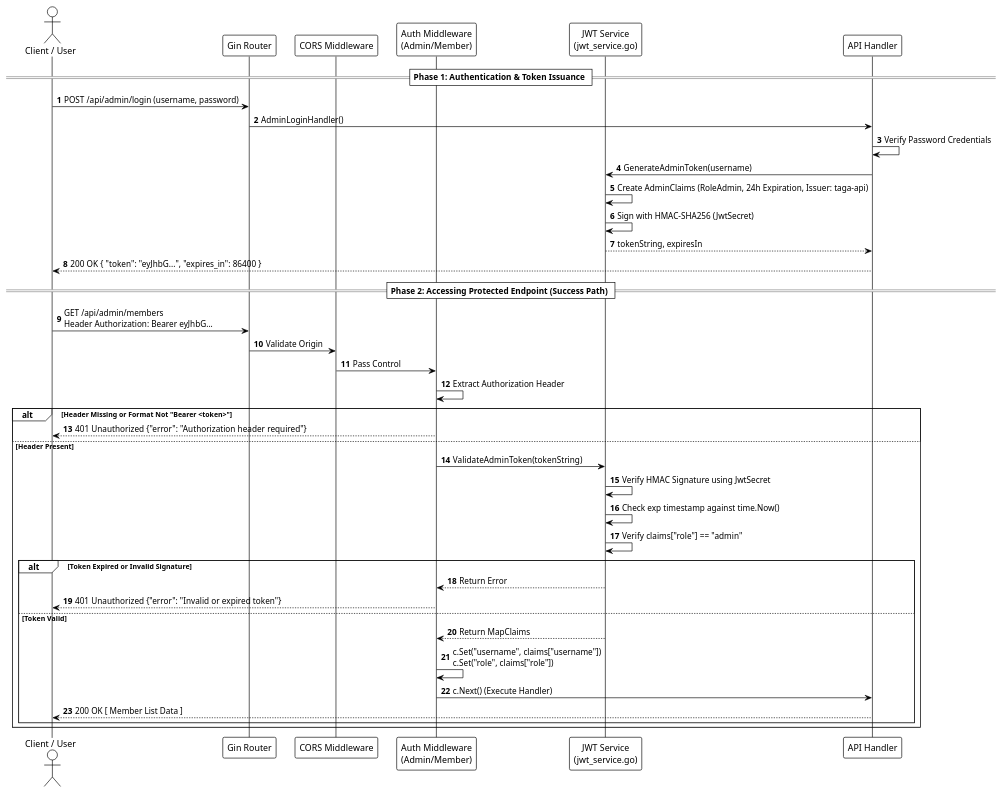
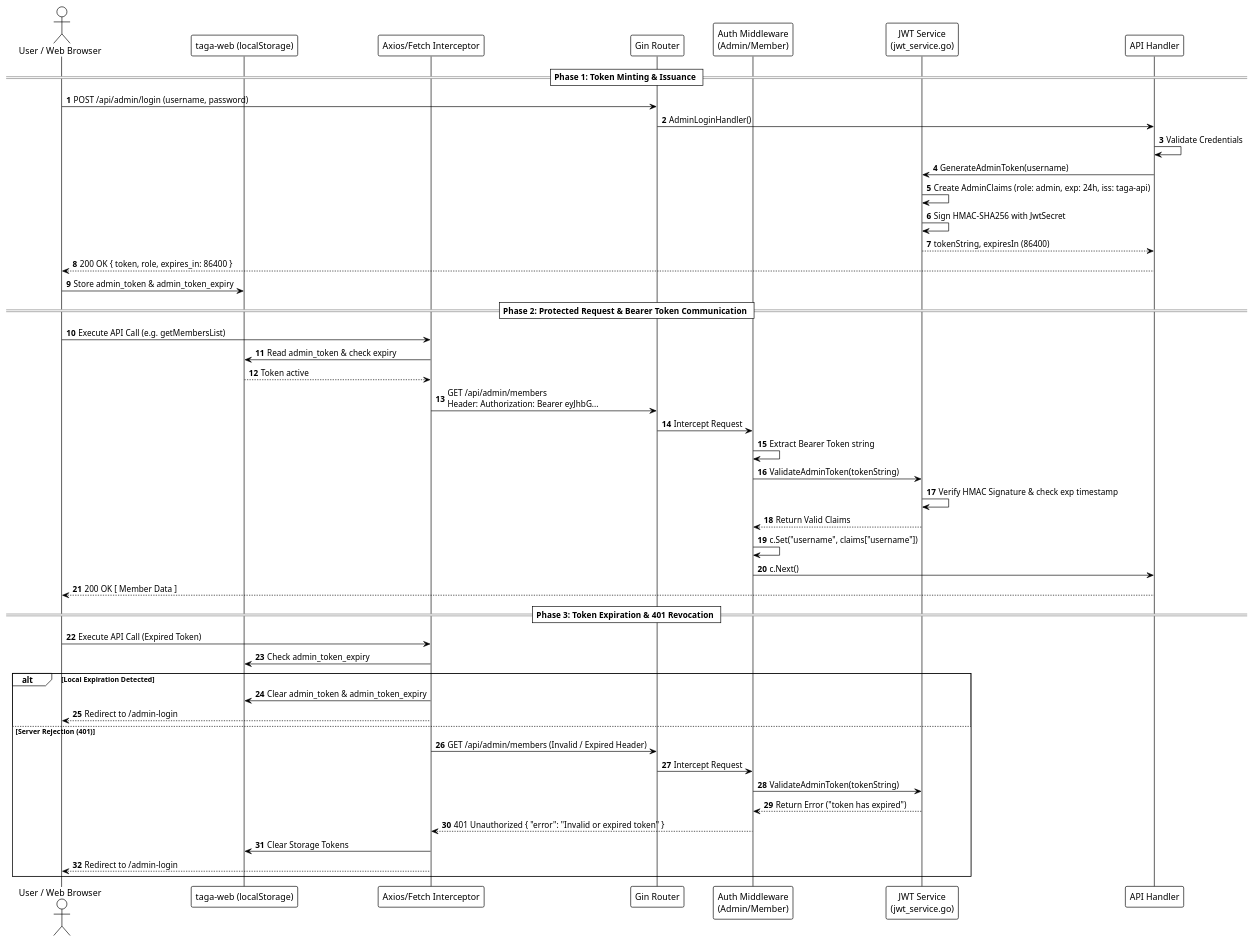
One commit to raviautopilot/nammataga changed the second of 2 diagrams in human-documents/security.md. Above: the diagram before and after it, drawn with PlantUML. The commit also changed other lines of this file and 36 other files, not shown here.

````diff
--- a/human-documents/security.md
+++ b/human-documents/security.md
@@ -159,47 +275,54 @@
 ```plantuml
 @startuml taga_api_jwt_sequence
 !theme plain
 autonumber
-actor "Client / User" as User
+actor "User / Web Browser" as Client
+participant "taga-web (localStorage)" as Storage
+participant "Axios/Fetch Interceptor" as Interceptor
 participant "Gin Router" as Router
-participant "CORS Middleware" as CORS
 participant "Auth Middleware\n(Admin/Member)" as AuthMw
 participant "JWT Service\n(jwt_service.go)" as JWT
 participant "API Handler" as Handler
 
-== Phase 1: Authentication & Token Issuance ==
-User -> Router : POST /api/admin/login (username, password)
+== Phase 1: Token Minting & Issuance ==
+Client -> Router : POST /api/admin/login (username, password)
 Router -> Handler : AdminLoginHandler()
-Handler -> Handler : Verify Password Credentials
+Handler -> Handler : Validate Credentials
 Handler -> JWT : GenerateAdminToken(username)
-JWT -> JWT : Create AdminClaims (RoleAdmin, 24h Expiration, Issuer: taga-api)
-JWT -> JWT : Sign with HMAC-SHA256 (JwtSecret)
-JWT --> Handler : tokenString, expiresIn
-Handler --> User : 200 OK { "token": "eyJhbG...", "expires_in": 86400 }
+JWT -> JWT : Create AdminClaims (role: admin, exp: 24h, iss: taga-api)
+JWT -> JWT : Sign HMAC-SHA256 with JwtSecret
+JWT --> Handler : tokenString, expiresIn (86400)
+Handler --> Client : 200 OK { token, role, expires_in: 86400 }
+Client -> Storage : Store admin_token & admin_token_expiry
 
-== Phase 2: Accessing Protected Endpoint (Success Path) ==
-User -> Router : GET /api/admin/members\nHeader Authorization: Bearer eyJhbG...
-Router -> CORS : Validate Origin
-CORS -> AuthMw : Pass Control
+== Phase 2: Protected Request & Bearer Token Communication ==
+Client -> Interceptor : Execute API Call (e.g. getMembersList)
+Interceptor -> Storage : Read admin_token & check expiry
+Storage --> Interceptor : Token active
+Interceptor -> Router : GET /api/admin/members\nHeader: Authorization: Bearer eyJhbG...
+Router -> AuthMw : Intercept Request
+AuthMw -> AuthMw : Extract Bearer Token string
+AuthMw -> JWT : ValidateAdminToken(tokenString)
+JWT -> JWT : Verify HMAC Signature & check exp timestamp
+JWT --> AuthMw : Return Valid Claims
+AuthMw -> AuthMw : c.Set("username", claims["username"])
+AuthMw -> Handler : c.Next()
+Handler --> Client : 200 OK [ Member Data ]
 
-AuthMw -> AuthMw : Extract Authorization Header
-alt Header Missing or Format Not "Bearer <token>"
-    AuthMw --> User : 401 Unauthorized {"error": "Authorization header required"}
-else Header Present
+== Phase 3: Token Expiration & 401 Revocation ==
+Client -> Interceptor : Execute API Call (Expired Token)
+Interceptor -> Storage : Check admin_token_expiry
+alt Local Expiration Detected
+    Interceptor -> Storage : Clear admin_token & admin_token_expiry
+    Interceptor --> Client : Redirect to /admin-login
+else Server Rejection (401)
+    Interceptor -> Router : GET /api/admin/members (Invalid / Expired Header)
+    Router -> AuthMw : Intercept Request
     AuthMw -> JWT : ValidateAdminToken(tokenString)
-    JWT -> JWT : Verify HMAC Signature using JwtSecret
-    JWT -> JWT : Check exp timestamp against time.Now()
-    JWT -> JWT : Verify claims["role"] == "admin"
-    
-    alt Token Expired or Invalid Signature
-        JWT --> AuthMw : Return Error
-        AuthMw --> User : 401 Unauthorized {"error": "Invalid or expired token"}
-    else Token Valid
-        JWT --> AuthMw : Return MapClaims
-        AuthMw -> AuthMw : c.Set("username", claims["username"])\nc.Set("role", claims["role"])
-        AuthMw -> Handler : c.Next() (Execute Handler)
-        Handler --> User : 200 OK [ Member List Data ]
-    end
+    JWT --> AuthMw : Return Error ("token has expired")
+    AuthMw --> Interceptor : 401 Unauthorized { "error": "Invalid or expired token" }
+    Interceptor -> Storage : Clear Storage Tokens
+    Interceptor --> Client : Redirect to /admin-login
 end
 @enduml
 ```
````
